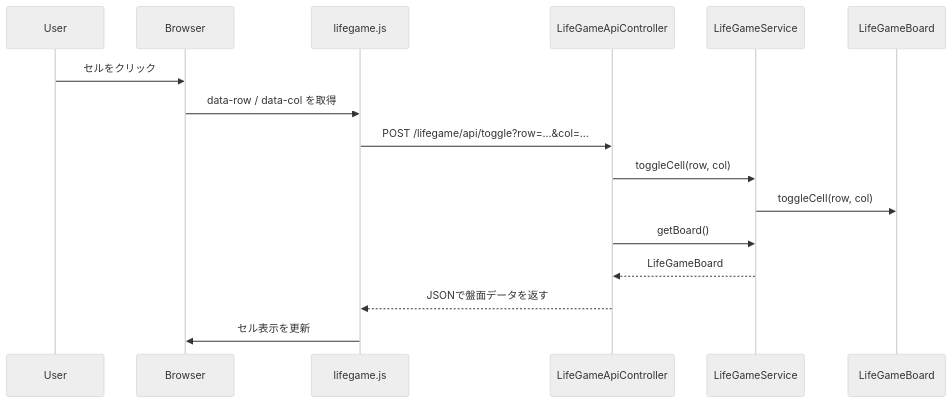
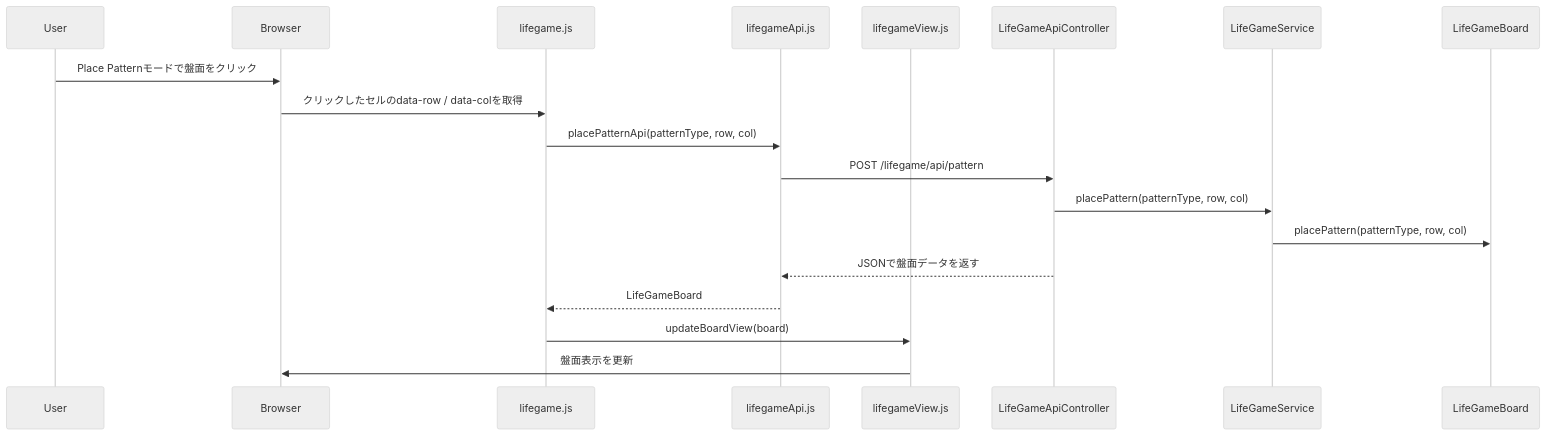
Before and after one commit to mkunori/LifeGame: the ninth of 9 diagrams in README.md, drawn with Mermaid (neutral theme). The commit also changed other lines of this file, not shown here.

````diff
--- a/README.md
+++ b/README.md
@@ -330,19 +394,22 @@
 ```mermaid
 sequenceDiagram
     participant User
     participant Browser
     participant JS as lifegame.js
+    participant API as lifegameApi.js
+    participant View as lifegameView.js
     participant ApiController as LifeGameApiController
     participant Service as LifeGameService
     participant Board as LifeGameBoard
 
-    User->>Browser: セルをクリック
-    Browser->>JS: data-row / data-col を取得
-    JS->>ApiController: POST /lifegame/api/toggle?row=...&col=...
-    ApiController->>Service: toggleCell(row, col)
-    Service->>Board: toggleCell(row, col)
-    ApiController->>Service: getBoard()
-    Service-->>ApiController: LifeGameBoard
-    ApiController-->>JS: JSONで盤面データを返す
-    JS->>Browser: セル表示を更新
+    User->>Browser: Place Patternモードで盤面をクリック
+    Browser->>JS: クリックしたセルのdata-row / data-colを取得
+    JS->>API: placePatternApi(patternType, row, col)
+    API->>ApiController: POST /lifegame/api/pattern
+    ApiController->>Service: placePattern(patternType, row, col)
+    Service->>Board: placePattern(patternType, row, col)
+    ApiController-->>API: JSONで盤面データを返す
+    API-->>JS: LifeGameBoard
+    JS->>View: updateBoardView(board)
+    View->>Browser: 盤面表示を更新
 ```
````
